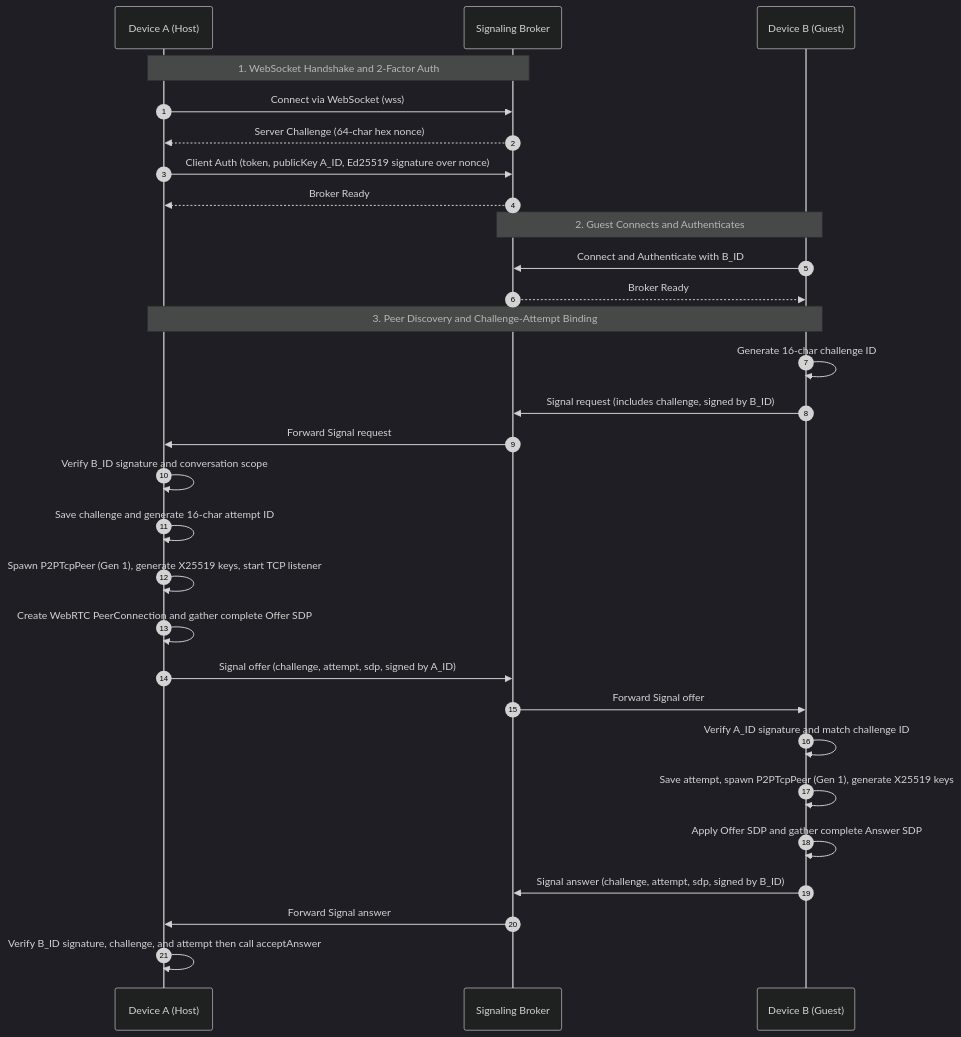
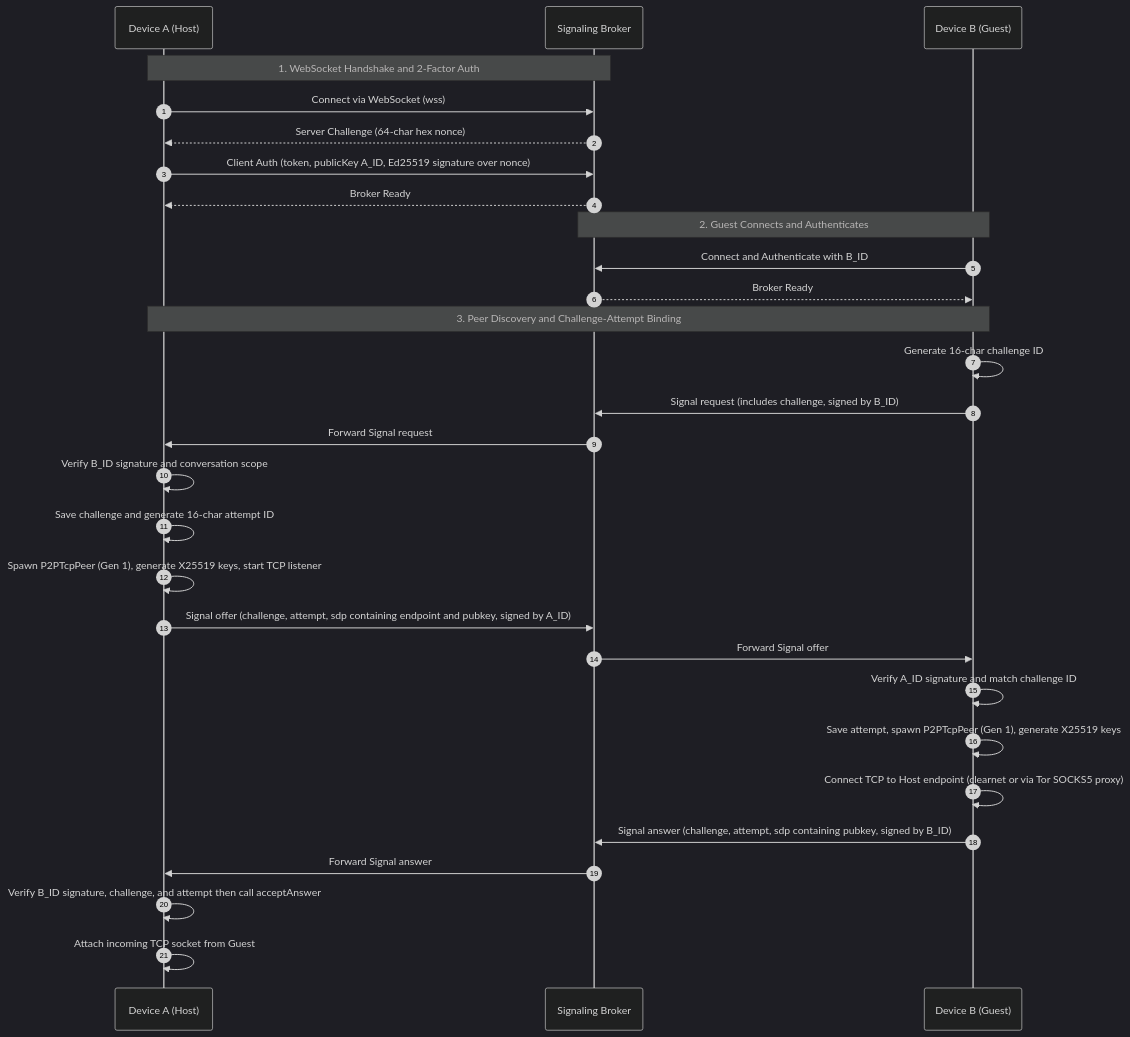
Before and after one commit to harbouli/fprot: the second of 6 diagrams in docs/HOW_IT_WORKS.md, drawn with Mermaid (dark theme). The commit also changed other lines of this file and 26 other files, not shown here.

Commit message:
feat: add Tor and SOCKS5 proxy support for TCP connections and peers

````diff
--- a/docs/HOW_IT_WORKS.md
+++ b/docs/HOW_IT_WORKS.md
@@ -182,34 +179,34 @@
 ```mermaid
 sequenceDiagram
     autonumber
     participant A as Device A (Host)
     participant S as Signaling Broker
     participant B as Device B (Guest)
 
     Note over A,S: 1. WebSocket Handshake and 2-Factor Auth
     A->>S: Connect via WebSocket (wss)
     S-->>A: Server Challenge (64-char hex nonce)
     A->>S: Client Auth (token, publicKey A_ID, Ed25519 signature over nonce)
     S-->>A: Broker Ready
 
     Note over B,S: 2. Guest Connects and Authenticates
     B->>S: Connect and Authenticate with B_ID
     S-->>B: Broker Ready
 
     Note over A,B: 3. Peer Discovery and Challenge-Attempt Binding
     B->>B: Generate 16-char challenge ID
     B->>S: Signal request (includes challenge, signed by B_ID)
     S->>A: Forward Signal request
     A->>A: Verify B_ID signature and conversation scope
     A->>A: Save challenge and generate 16-char attempt ID
     A->>A: Spawn P2PTcpPeer (Gen 1), generate X25519 keys, start TCP listener
-    A->>A: Create WebRTC PeerConnection and gather complete Offer SDP
-    A->>S: Signal offer (challenge, attempt, sdp, signed by A_ID)
+    A->>S: Signal offer (challenge, attempt, sdp containing endpoint and pubkey, signed by A_ID)
     S->>B: Forward Signal offer
     B->>B: Verify A_ID signature and match challenge ID
     B->>B: Save attempt, spawn P2PTcpPeer (Gen 1), generate X25519 keys
-    B->>B: Apply Offer SDP and gather complete Answer SDP
-    B->>S: Signal answer (challenge, attempt, sdp, signed by B_ID)
+    B->>B: Connect TCP to Host endpoint (clearnet or via Tor SOCKS5 proxy)
+    B->>S: Signal answer (challenge, attempt, sdp containing pubkey, signed by B_ID)
     S->>A: Forward Signal answer
     A->>A: Verify B_ID signature, challenge, and attempt then call acceptAnswer
+    A->>A: Attach incoming TCP socket from Guest
 ```
````
